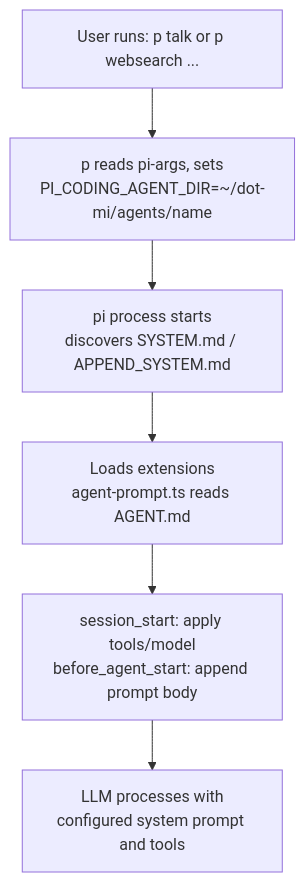
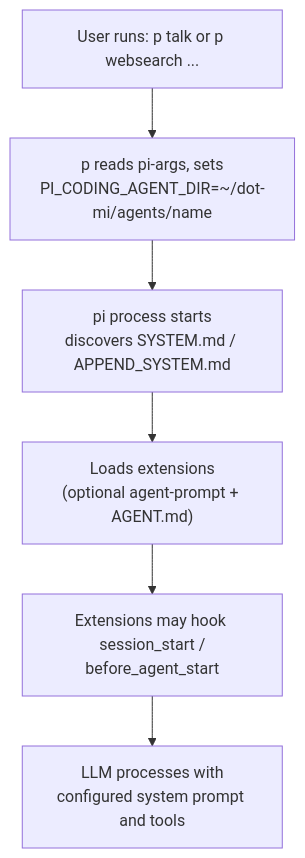
One commit to PlebeiusGaragicus/dot-mi changed the third of 3 diagrams in docs/architecture.md. Above: the diagram before and after it, drawn with Mermaid. The commit also changed other lines of this file and 27 other files, not shown here.

````diff
--- a/docs/architecture.md
+++ b/docs/architecture.md
@@ -104,11 +104,11 @@
 ```mermaid
 graph TD
   SUser["User runs: p talk or p websearch ..."]
   SAlias["p reads pi-args, sets<br/>PI_CODING_AGENT_DIR=~/dot-mi/agents/name"]
   SPiMain["pi process starts<br/>discovers SYSTEM.md / APPEND_SYSTEM.md"]
-  SExtLoad["Loads extensions<br/>agent-prompt.ts reads AGENT.md"]
-  SHook["session_start: apply tools/model<br/>before_agent_start: append prompt body"]
+  SExtLoad["Loads extensions<br/>(optional agent-prompt + AGENT.md)"]
+  SHook["Extensions may hook session_start /<br/>before_agent_start"]
   SLLM["LLM processes with<br/>configured system prompt and tools"]
 
   SUser --> SAlias --> SPiMain --> SExtLoad --> SHook --> SLLM
 ```
````
